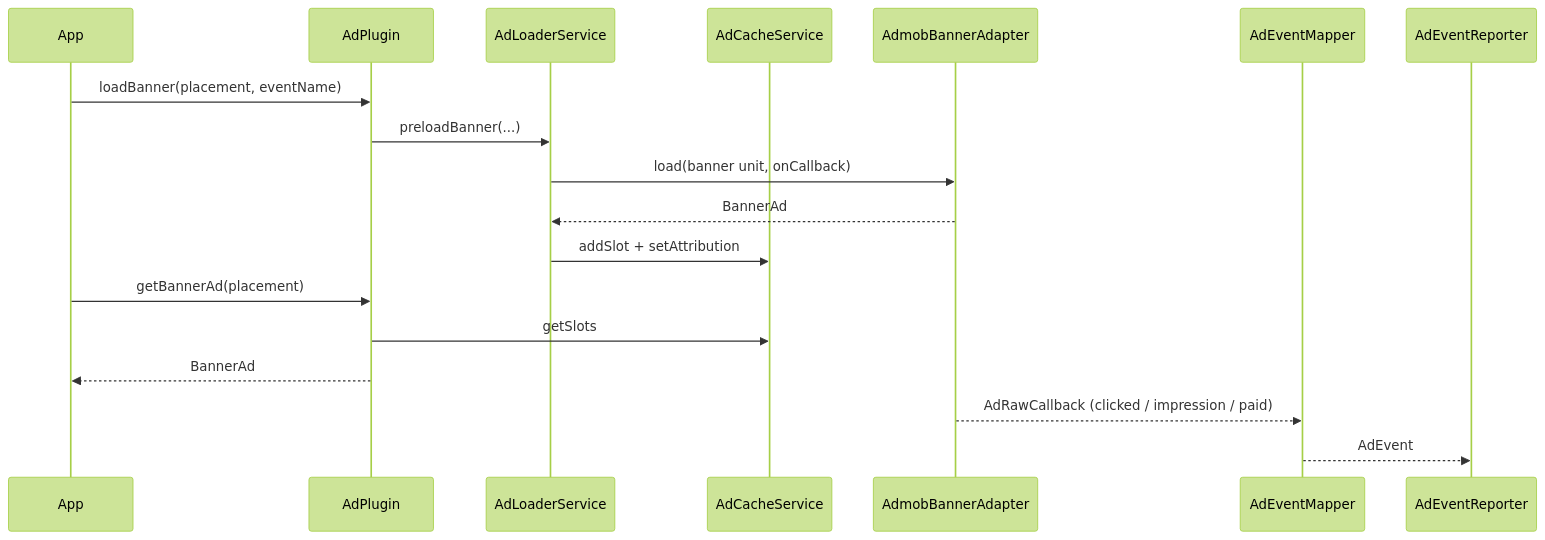
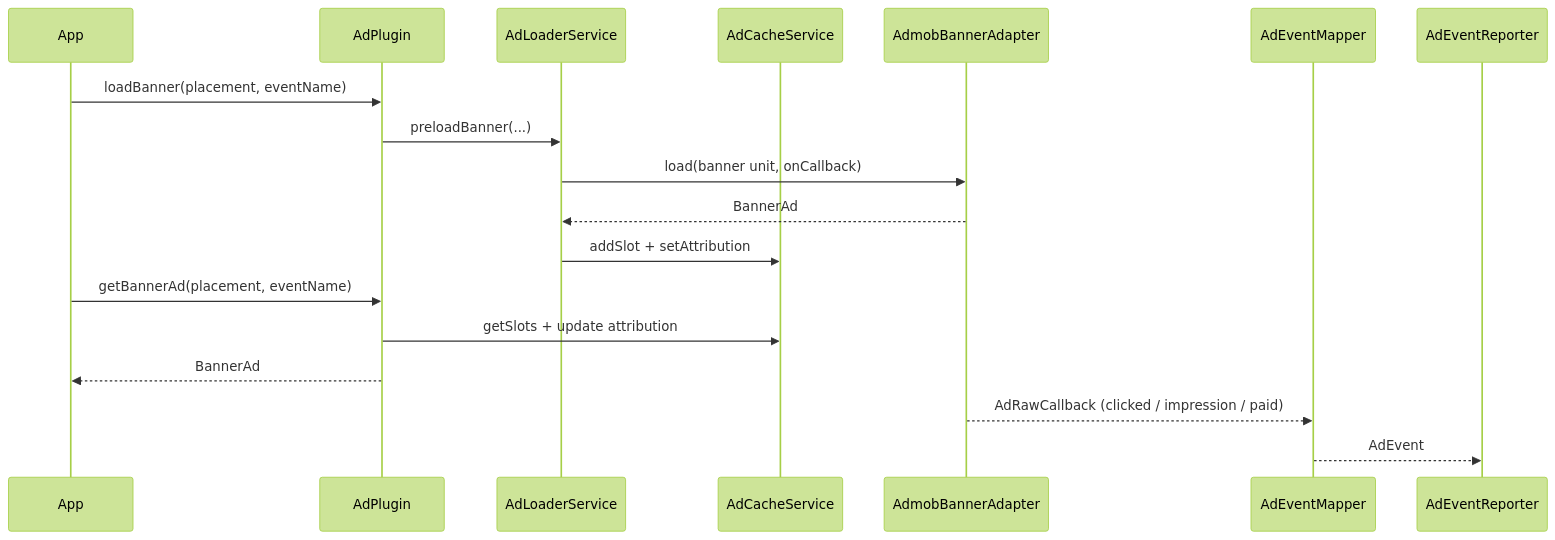
The seventh of 8 diagrams in README.md (yanmingLiu/flutter_ad_plugin), drawn with Mermaid (forest theme) before and after one commit. The commit also changed other lines of this file and 40 other files, not shown here.

````diff
--- a/README.md
+++ b/README.md
@@ -972,21 +994,21 @@
 ```mermaid
 sequenceDiagram
   participant App
   participant Plugin as AdPlugin
   participant Loader as AdLoaderService
   participant Cache as AdCacheService
   participant Adapter as AdmobBannerAdapter
   participant Mapper as AdEventMapper
   participant Reporter as AdEventReporter
 
   App->>Plugin: loadBanner(placement, eventName)
   Plugin->>Loader: preloadBanner(...)
   Loader->>Adapter: load(banner unit, onCallback)
   Adapter-->>Loader: BannerAd
   Loader->>Cache: addSlot + setAttribution
-  App->>Plugin: getBannerAd(placement)
-  Plugin->>Cache: getSlots
+  App->>Plugin: getBannerAd(placement, eventName)
+  Plugin->>Cache: getSlots + update attribution
   Plugin-->>App: BannerAd
   Adapter-->>Mapper: AdRawCallback (clicked / impression / paid)
   Mapper-->>Reporter: AdEvent
 ```
````
